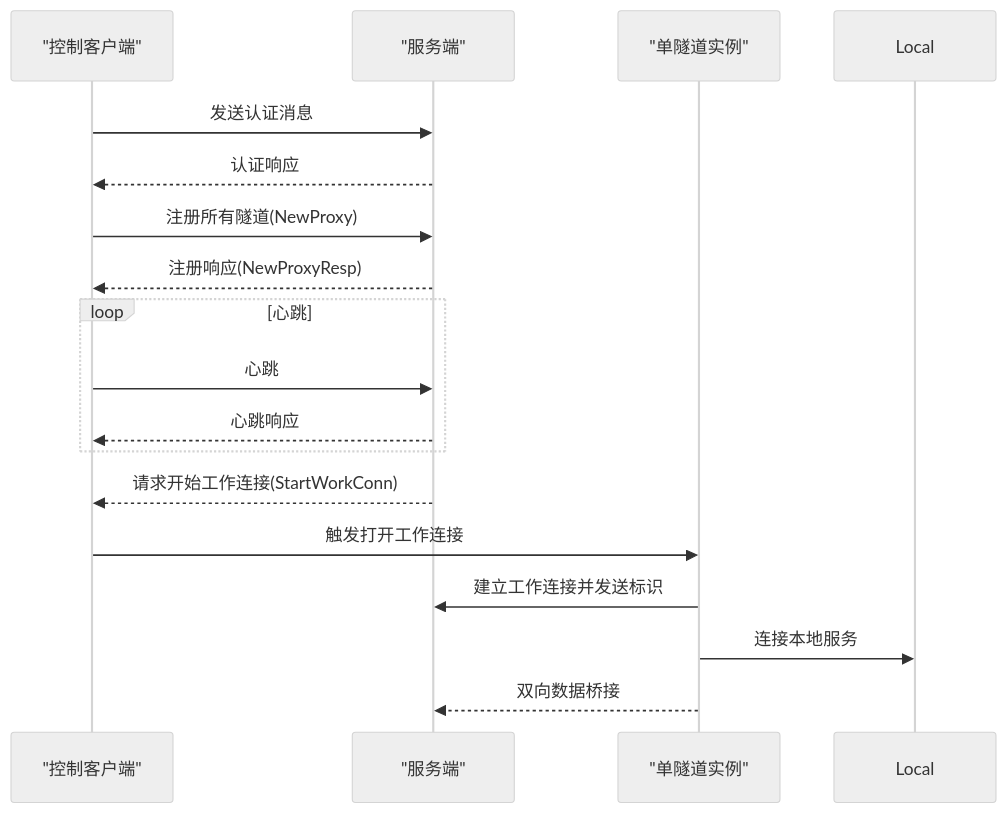
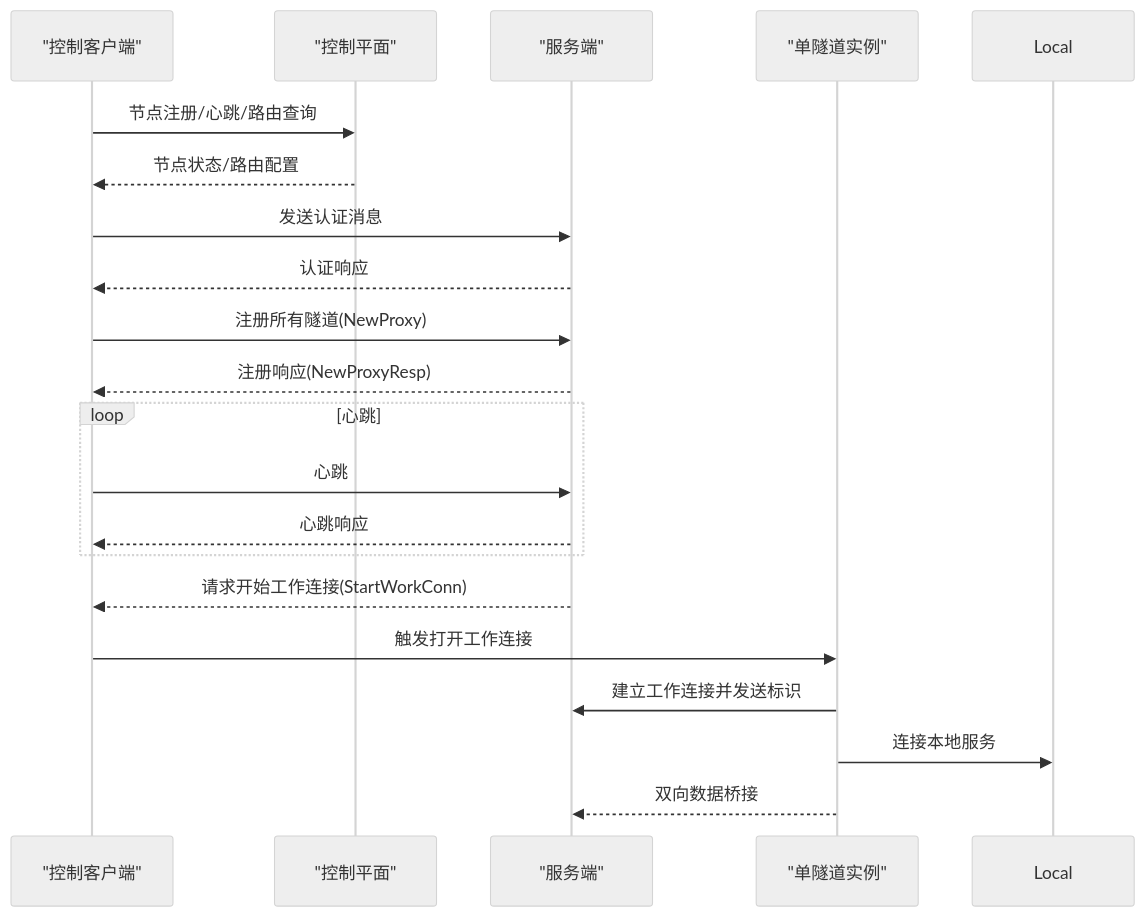
One commit to itsharex/NexTunnel changed the fourth of 6 diagrams in .qoder/repowiki/zh/content/API接口参考/API接口参考.md. Above: the diagram before and after it, drawn with Mermaid (neutral theme). The commit also changed other lines of this file and 23 other files, not shown here.

````diff
--- a/.qoder/repowiki/zh/content/API接口参考/API接口参考.md
+++ b/.qoder/repowiki/zh/content/API接口参考/API接口参考.md
@@ -207,19 +237,22 @@
 ```mermaid
 sequenceDiagram
 participant CLI as "控制客户端"
+participant CP as "控制平面"
 participant Srv as "服务端"
 participant TUN as "单隧道实例"
+CLI->>CP : 节点注册/心跳/路由查询
+CP-->>CLI : 节点状态/路由配置
 CLI->>Srv : 发送认证消息
 Srv-->>CLI : 认证响应
 CLI->>Srv : 注册所有隧道(NewProxy)
 Srv-->>CLI : 注册响应(NewProxyResp)
 loop 心跳
 CLI->>Srv : 心跳
 Srv-->>CLI : 心跳响应
 end
 Srv-->>CLI : 请求开始工作连接(StartWorkConn)
 CLI->>TUN : 触发打开工作连接
 TUN->>Srv : 建立工作连接并发送标识
 TUN->>Local : 连接本地服务
 TUN-->>Srv : 双向数据桥接
 ```
````
